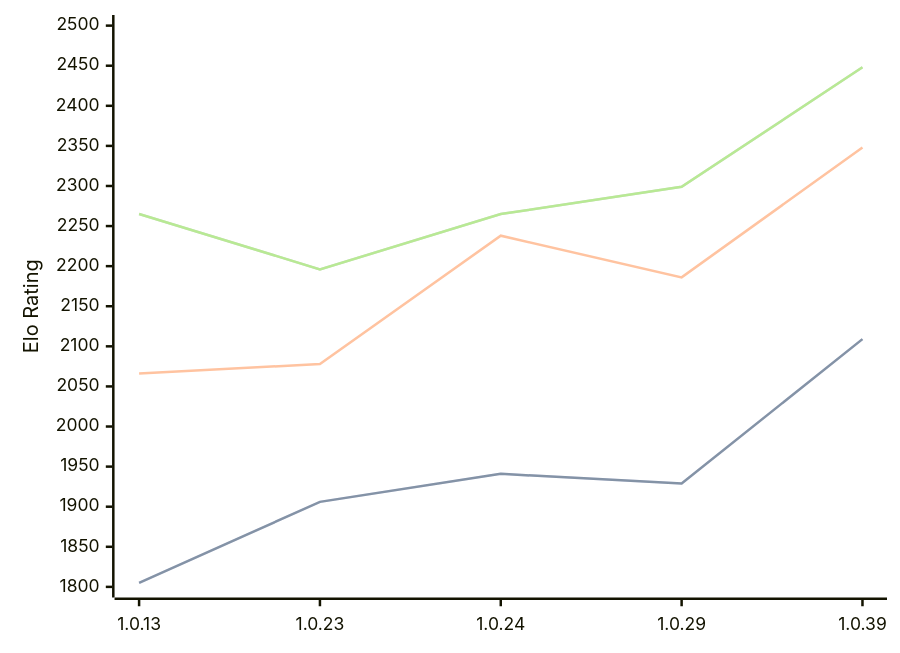
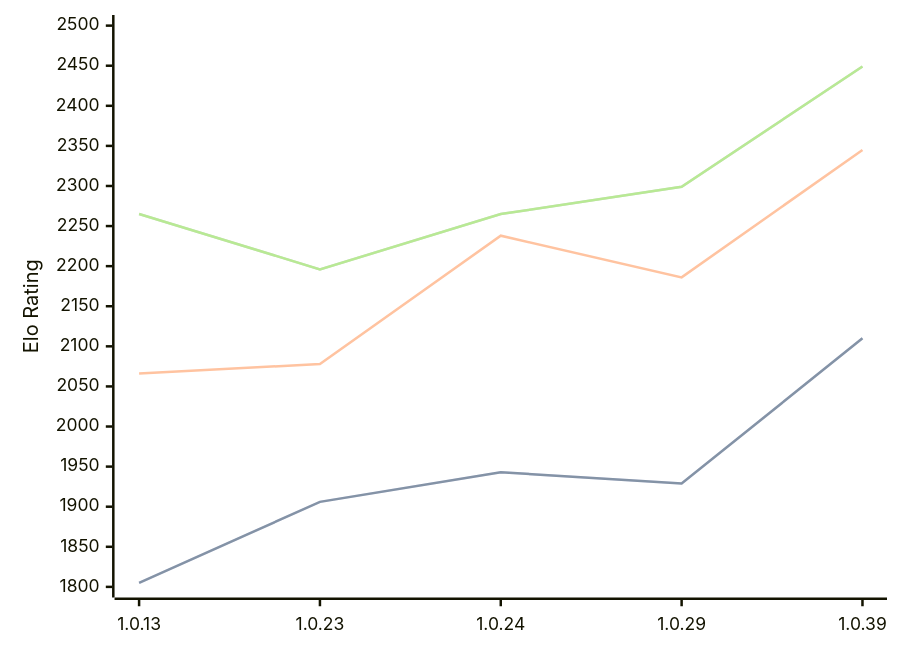
The diagram in engines/RustyRival.md (computer-chess-index/cci), drawn with Mermaid before and after one commit. The commit also changed other lines of this file, not shown here.

Commit message:
Update CCI Ratings (ELO VLTC) - 2026-04-03

````diff
--- a/engines/RustyRival.md
+++ b/engines/RustyRival.md
@@ -65,11 +66,11 @@
 ```mermaid
 %%{init: {"theme":"base","themeVariables":{"seriesColors:['#a3a3a3','#222221','#faa371']}}}%%
 xychart-beta
   x-axis ["1.0.13", "1.0.23", "1.0.24", "1.0.29", "1.0.39"]
   y-axis "Elo Rating" 1800 --> 2500
-  line "STC (8.0+0.08s)" [1805, 1906, 1941, 1929, 2109]
-  line "STC (8.0+0.08s)" [1805, 1906, 1941, 1929, 2109]
-  line "LTC (60.0+0.60s)" [2066, 2078, 2238, 2186, 2348]
-  line "VLTC (2m24s+1.12s)" [2265, 2196, 2265, 2299, 2448]
-  line "VLTC (2m24s+1.12s)" [2265, 2196, 2265, 2299, 2448]
+  line "STC (8.0+0.08s)" [1805, 1906, 1943, 1929, 2110]
+  line "STC (8.0+0.08s)" [1805, 1906, 1943, 1929, 2110]
+  line "LTC (60.0+0.60s)" [2066, 2078, 2238, 2186, 2345]
+  line "VLTC (2m24s+1.12s)" [2265, 2196, 2265, 2299, 2449]
+  line "VLTC (2m24s+1.12s)" [2265, 2196, 2265, 2299, 2449]
 ```
````
